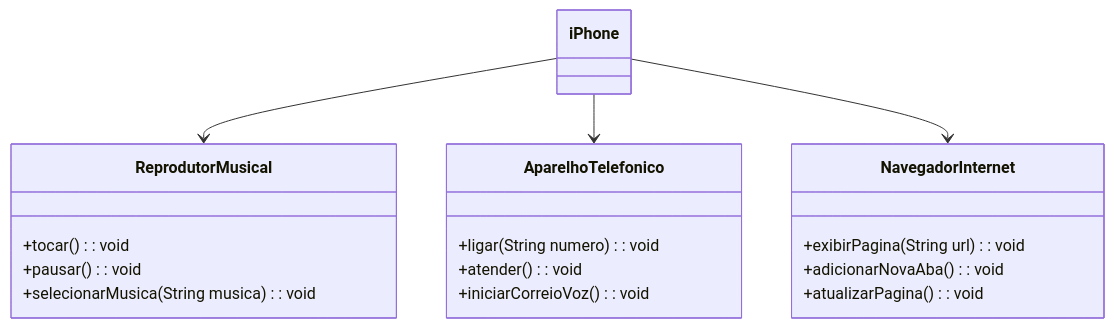
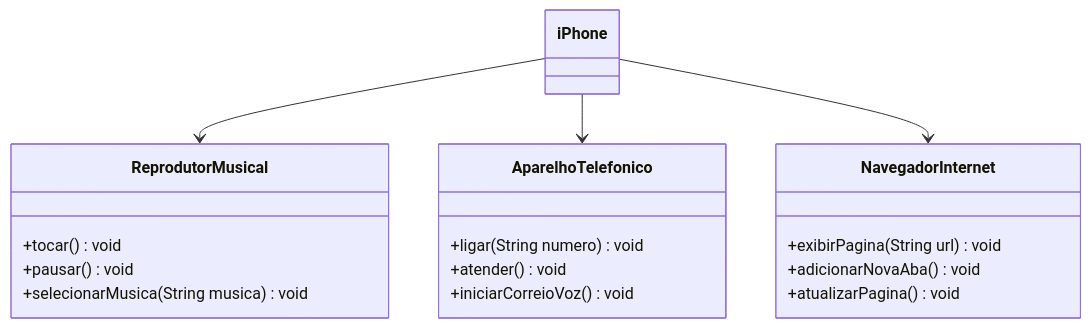
One commit to HenriqueFragaRosa/iphone changed the diagram in README.md. Above: the diagram before and after it, drawn with Mermaid.

Commit message:
fix: remove : from interfacies methods

````diff
--- a/README.md
+++ b/README.md
@@ -31,27 +31,27 @@
 ```mermaid
 classDiagram
     class ReprodutorMusical {
-        +tocar(): void
-        +pausar(): void
-        +selecionarMusica(String musica): void
+        +tocar() void
+        +pausar() void
+        +selecionarMusica(String musica) void
     }
 
     class AparelhoTelefonico {
-        +ligar(String numero): void
-        +atender(): void
-        +iniciarCorreioVoz(): void
+        +ligar(String numero) void
+        +atender() void
+        +iniciarCorreioVoz() void
     }
 
     class NavegadorInternet {
-        +exibirPagina(String url): void
-        +adicionarNovaAba(): void
-        +atualizarPagina(): void
+        +exibirPagina(String url) void
+        +adicionarNovaAba() void
+        +atualizarPagina() void
     }
 
     class iPhone {
     }
 
     iPhone --> ReprodutorMusical
     iPhone --> AparelhoTelefonico
     iPhone --> NavegadorInternet
 ```
````
